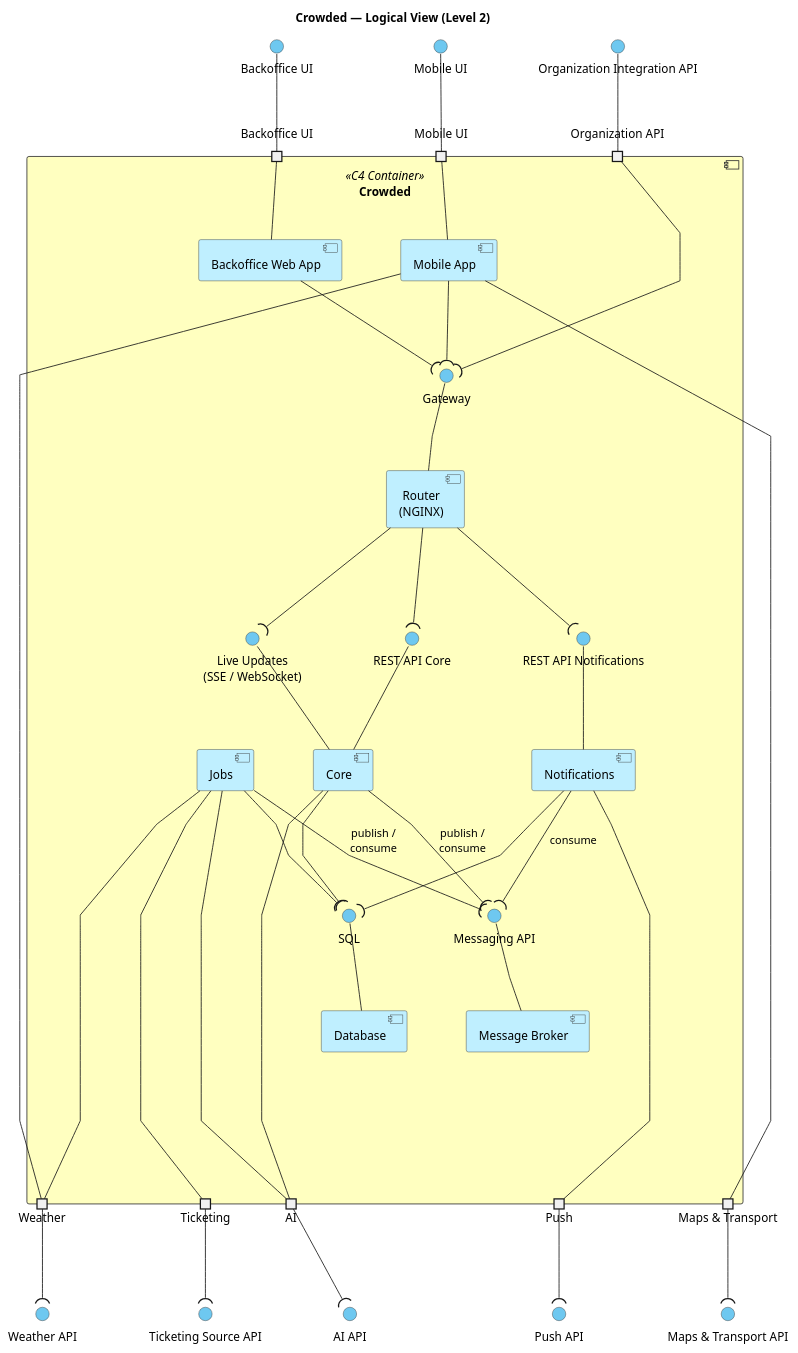
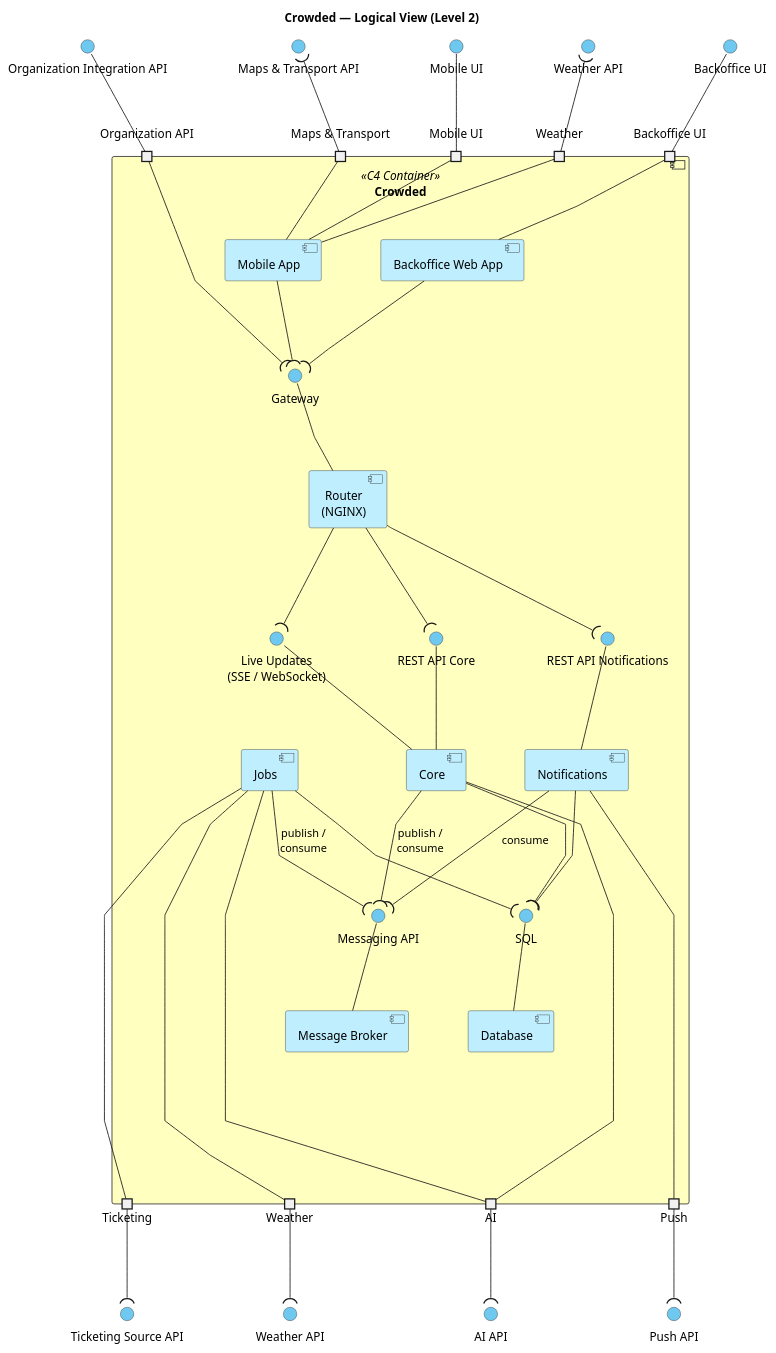
One commit to andrereis26/crowded-labdsof changed the diagram in docs/deliverables/diagrams/logical-view-level-2.puml. Above: the diagram before and after it, drawn with PlantUML. The commit also changed 1 other file, not shown here.

```diff
--- a/docs/deliverables/diagrams/logical-view-level-2.puml
+++ b/docs/deliverables/diagrams/logical-view-level-2.puml
@@ -1,133 +1,136 @@
 @startuml logical-view-level-2
 ' Crowded — Logical View, Level 2 (C4 container view in UML component notation)
 ' Sources: requirements.md (TR-001..TR-005, NFR-001..NFR-008, SR-010..SR-012), domain-model.puml
 
 title Crowded — Logical View (Level 2)
 
 skinparam componentStyle uml2
 skinparam shadowing false
 skinparam defaultTextAlignment center
 skinparam nodesep 70
 skinparam linetype polyline
 skinparam ranksep 80
 
 skinparam component {
   BackgroundColor #BFEFFF
   BorderColor #333333
   BackgroundColor<<C4 Container>> #FFFFC0
   BackgroundColor<<External System>> #EEEEEE
 }
 skinparam interface {
   BackgroundColor #6EC8F0
   BorderColor #333333
 }
 skinparam port {
   BackgroundColor #6EC8F0
   BorderColor #333333
 }
 
 ' ---------------------------------------------------------------------
 ' Actors and external systems
 ' ---------------------------------------------------------------------
 
 
 () "Ticketing Source API" as ITicketing
 () "Maps & Transport API" as IMaps
+() "Weather API" as IWeatherMobile
 () "Weather API" as IWeather
 () "AI API" as IAI
 () "Push API" as IPush
 () "Organization Integration API" as IOrgIntegration
 () "Mobile UI" as MobileUI
 () "Backoffice UI" as BackofficeUI
 
 ' ---------------------------------------------------------------------
 ' Crowded system
 ' ---------------------------------------------------------------------
 component "Crowded" <<C4 Container>> as Crowded {
 
   portin "Mobile UI" as pMobileUI
   portin "Backoffice UI" as pBackofficeUI
   portin "Organization API" as pOrgApi
+  portin "Maps & Transport" as pMaps
+  portin "Weather" as pMobileWeather
 
   portout "Ticketing" as pTicketing
   portout "Weather" as pWeather
   portout "AI" as pAI
   portout "Push" as pPush
-  portout "Maps & Transport" as pMaps
 
   component "Mobile App" as Mobile
   component "Backoffice Web App" as Backoffice
 
   component "Router\n(NGINX)" as Router
   () "Gateway" as IGateway
 
   component "Core" as Core
   () "REST API Core" as ICoreApi
   () "Live Updates\n(SSE / WebSocket)" as ICoreLive
 
   component "Notifications" as Notifications
   () "REST API Notifications" as INotifApi
 
   component "Jobs" as Jobs
 
   component "Message Broker" as Broker
   () "Messaging API" as IMessaging
 
   component "Database" as Database
   () "SQL" as ISql
 
   ' --- Clients and entry point
   pMobileUI -down- Mobile
   pBackofficeUI -down- Backoffice
   Router -up- IGateway
   Mobile -down-( IGateway
   Backoffice -down-( IGateway
   pOrgApi -down-( IGateway
 
   ' --- Router routes to the public APIs
   Core -up- ICoreApi
   Core -up- ICoreLive
   Notifications -up- INotifApi
   Router -down-( ICoreApi
   Router -down-( ICoreLive
   Router -down-( INotifApi
 
   ' --- Asynchronous messaging
   Broker -up- IMessaging
   Core -down-( IMessaging : publish /\nconsume
   Jobs -down-( IMessaging : publish /\nconsume
   Notifications -down-( IMessaging : consume
 
   ' --- Data
   Database -up- ISql
   Core -down-( ISql
   Jobs -down-( ISql
   Notifications -down-( ISql
 
   ' --- Outbound integrations
   Jobs -down---- pTicketing
   Jobs -down---- pWeather
   Core -down---- pAI
   Jobs -down---- pAI
   Notifications -down---- pPush
-  Mobile -left- pMaps
-  Mobile -left- pWeather
+  Mobile -up- pMaps
+  Mobile -up- pMobileWeather
 
   ' --- Layout hints
   Jobs -[hidden]right- Core
   Core -[hidden]right- Notifications
   Broker -[hidden]right- Database
 }
 
 ' --- Boundary wiring
 pMobileUI -up- MobileUI
 pBackofficeUI -up- BackofficeUI
 pOrgApi -up- IOrgIntegration
 pTicketing -down-( ITicketing
 pWeather -down-( IWeather
 pAI -down-( IAI
 pPush -down-( IPush
-pMaps -down-( IMaps
+pMaps -up-( IMaps
+pMobileWeather -up-( IWeatherMobile
 
 
 @enduml
```
